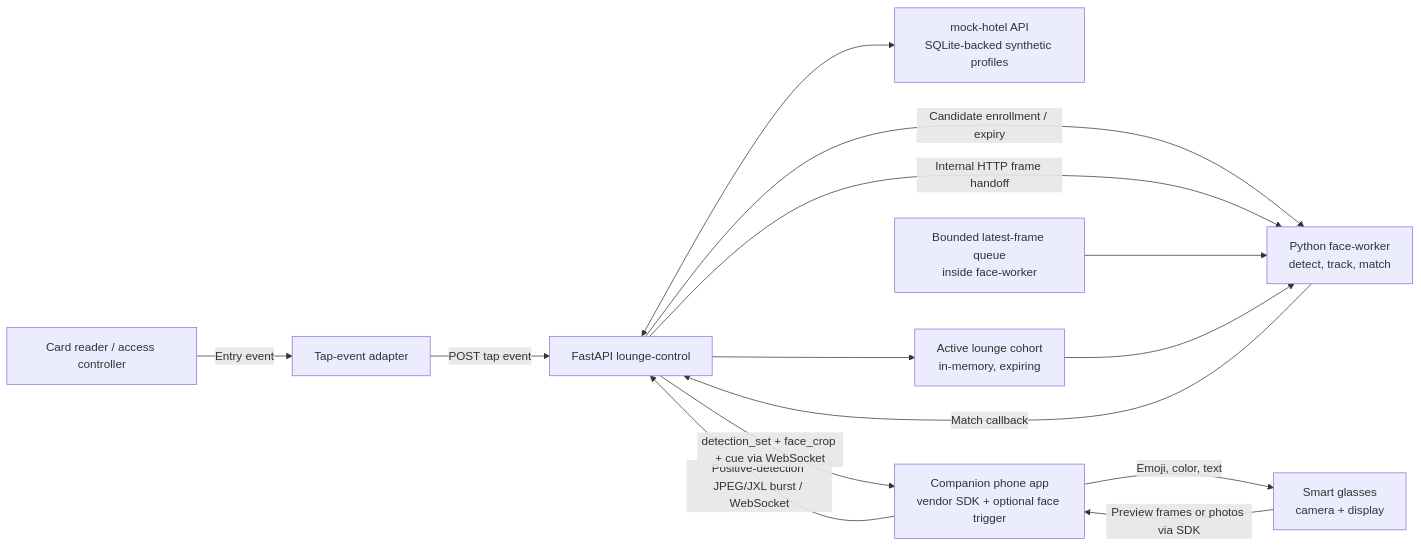
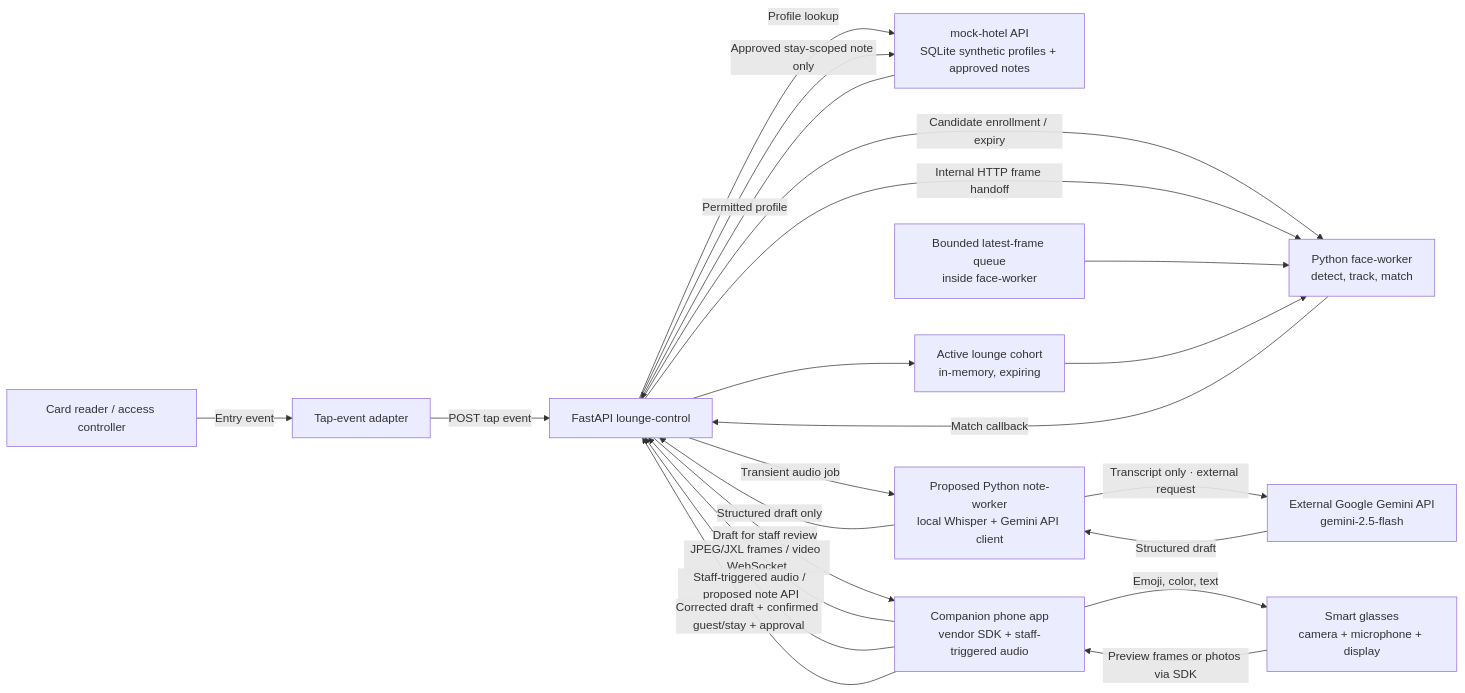
Before and after one commit to wongwh2002/CDE4301-Hotel-Hospitality: the diagram in docs/architecture/hotel-lounge-smart-glasses-poc.md, drawn with Mermaid. The commit also changed other lines of this file and 4 other files, not shown here.

Commit message:
Update lounge architecture and presentation

````diff
--- a/docs/architecture/hotel-lounge-smart-glasses-poc.md
+++ b/docs/architecture/hotel-lounge-smart-glasses-poc.md
@@ -28,26 +29,36 @@
 ```mermaid
 flowchart LR
     Reader[Card reader / access controller]
     Adapter[Tap-event adapter]
     Control[FastAPI lounge-control]
-    GuestData[mock-hotel API<br/>SQLite-backed synthetic profiles]
+    GuestData[mock-hotel API<br/>SQLite synthetic profiles + approved notes]
     Cohort[Active lounge cohort<br/>in-memory, expiring]
     Vision[Python face-worker<br/>detect, track, match]
+    Notes[Proposed Python note-worker<br/>local Whisper + Gemini API client]
+    Gemini[External Google Gemini API<br/>gemini-2.5-flash]
     Queue[Bounded latest-frame queue<br/>inside face-worker]
-    Bridge[Companion phone app<br>vendor SDK + optional face trigger]
-    Glasses[Smart glasses<br/>camera + display]
+    Bridge[Companion phone app<br>vendor SDK + staff-triggered audio]
+    Glasses[Smart glasses<br/>camera + microphone + display]
 
     Reader -->|Entry event| Adapter
     Adapter -->|POST tap event| Control
-    Control <--> GuestData
+    Control -->|Profile lookup| GuestData
+    GuestData -->|Permitted profile| Control
     Control --> Cohort
     Control -->|Candidate enrollment / expiry| Vision
     Glasses -->|Preview frames or photos via SDK| Bridge
-    Bridge -->|Positive-detection JPEG/JXL burst / WebSocket| Control
+    Bridge -->|JPEG/JXL frames / video WebSocket| Control
+    Bridge -->|Staff-triggered audio / proposed note API| Control
     Control -->|Internal HTTP frame handoff| Vision
+    Control -->|Transient audio job| Notes
+    Notes -->|Structured draft only| Control
+    Notes -->|Transcript only · external request| Gemini
+    Gemini -->|Structured draft| Notes
+    Control -->|Draft for staff review| Bridge
+    Bridge -->|Corrected draft + confirmed guest/stay + approval| Control
+    Control -->|Approved stay-scoped note only| GuestData
     Queue --> Vision
     Cohort --> Vision
     Vision -->|Match callback| Control
-    Control -->|detection_set + face_crop + cue via WebSocket| Bridge
     Bridge -->|Emoji, color, text| Glasses
 ```
````
